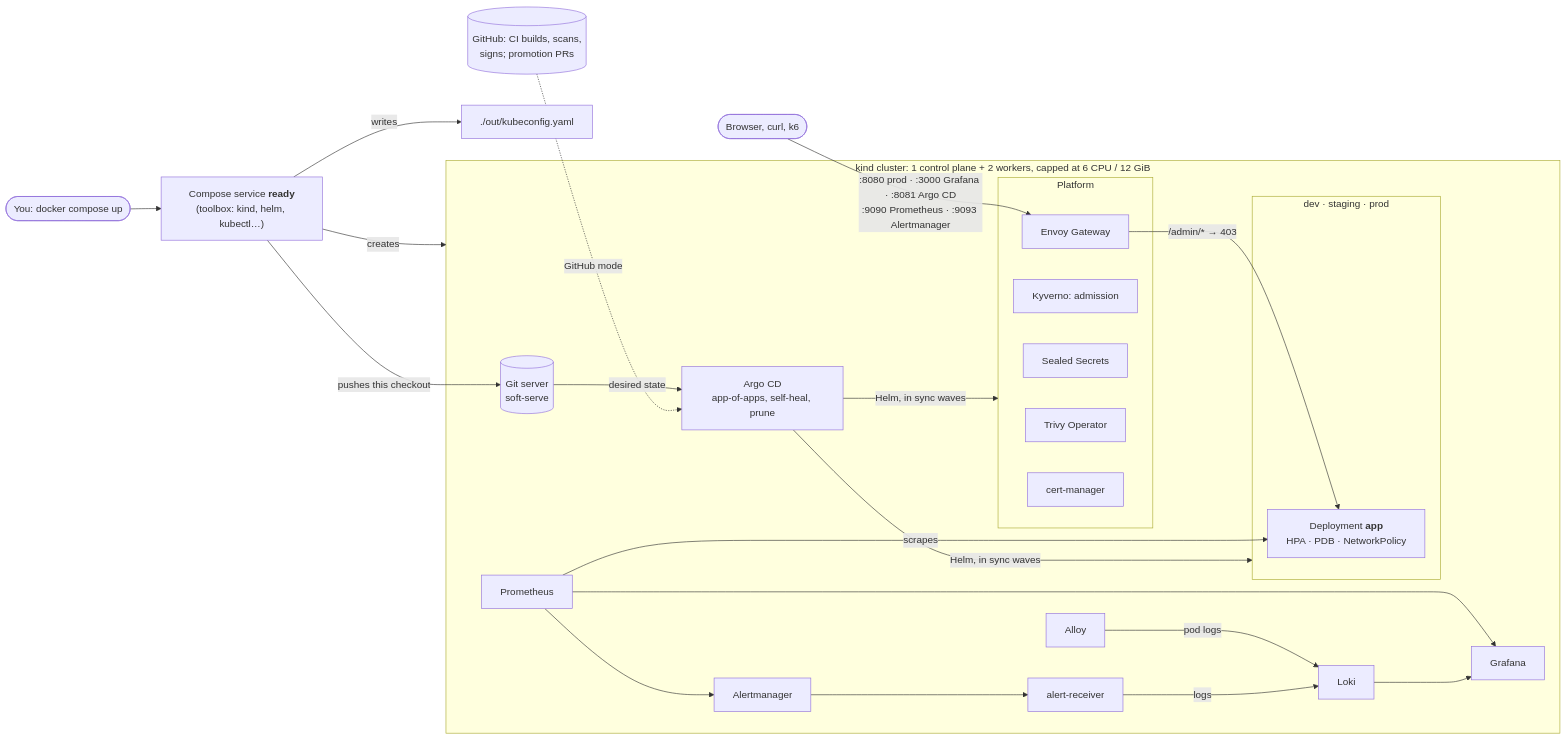
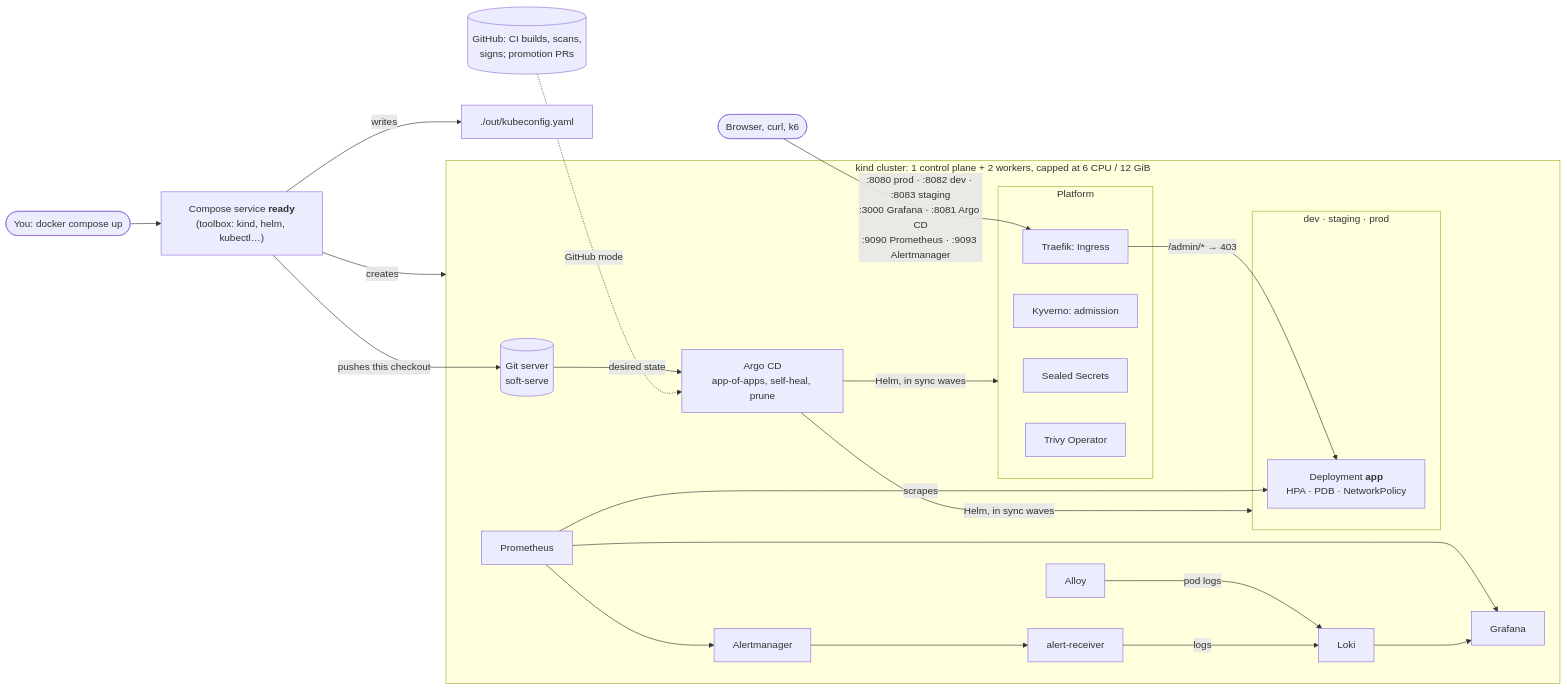
One commit to iantest11111989/orders-gateway-platform changed the first of 2 diagrams in README.md. Above: the diagram before and after it, drawn with Mermaid. The commit also changed other lines of this file and 69 other files, not shown here.

First line of the commit message:
Traefik Ingress replaces Envoy Gateway; plain HTTP on local ports, no cert-manager

````diff
--- a/README.md
+++ b/README.md
@@ -75,30 +75,29 @@
 ```mermaid
 flowchart LR
   you([You: docker compose up]) --> ready["Compose service <b>ready</b><br/>(toolbox: kind, helm, kubectl…)"]
   ready -->|creates| cluster
   ready -->|pushes this checkout| git
   ready -->|writes| kc[./out/kubeconfig.yaml]
 
   subgraph cluster [kind cluster: 1 control plane + 2 workers, capped at 6 CPU / 12 GiB]
     git[(Git server<br/>soft-serve)] -->|desired state| argocd[Argo CD<br/>app-of-apps, self-heal, prune]
     argocd -->|Helm, in sync waves| platform & envs
     subgraph envs [dev · staging · prod]
       app["Deployment <b>app</b><br/>HPA · PDB · NetworkPolicy"]
     end
     subgraph platform [Platform]
-      gw[Envoy Gateway]
+      gw[Traefik: Ingress]
       kyv[Kyverno: admission]
       ss[Sealed Secrets]
       trivy[Trivy Operator]
-      cm[cert-manager]
     end
     gw -->|"/admin/* → 403"| app
     prom[Prometheus] -->|scrapes| app
     alloy[Alloy] -->|pod logs| loki[Loki]
     prom --> am[Alertmanager] --> recv[alert-receiver] -->|logs| loki
     prom & loki --> graf[Grafana]
   end
 
-  user([Browser, curl, k6]) -->|":8080 prod · :3000 Grafana · :8081 Argo CD<br/>:9090 Prometheus · :9093 Alertmanager"| gw
+  user([Browser, curl, k6]) -->|":8080 prod · :8082 dev · :8083 staging<br/>:3000 Grafana · :8081 Argo CD<br/>:9090 Prometheus · :9093 Alertmanager"| gw
   gh[(GitHub: CI builds, scans,<br/>signs; promotion PRs)] -.->|GitHub mode| argocd
 ```
````
